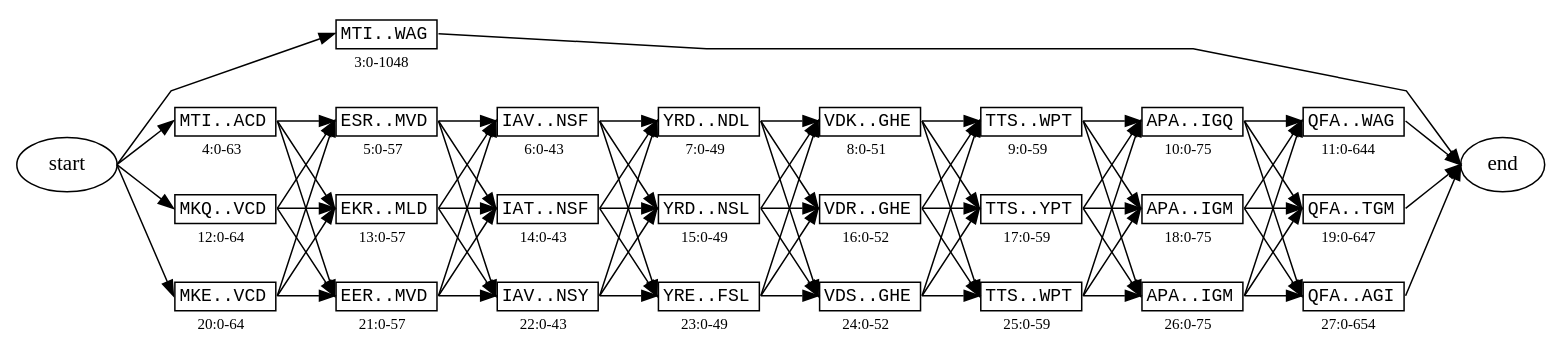
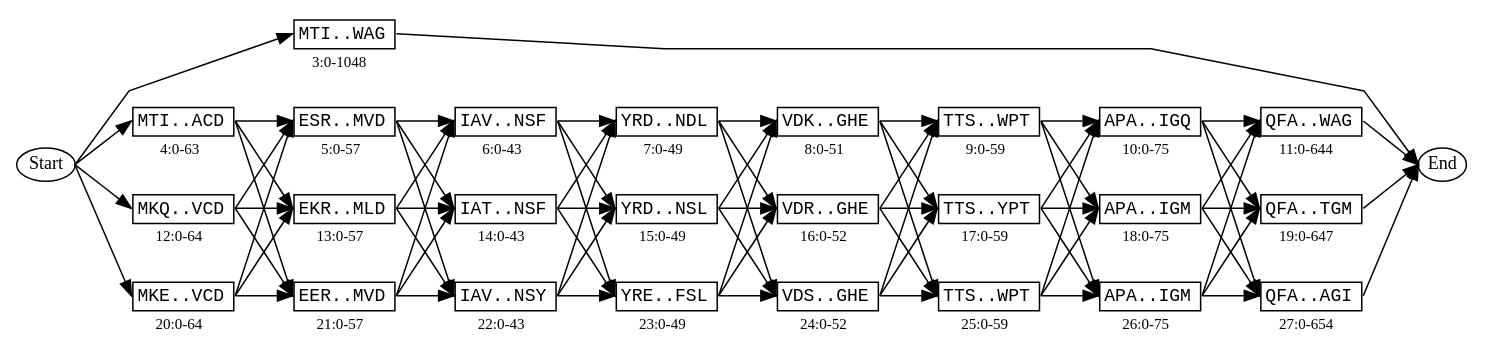
Before and after one commit to ginkgobioworks/gen: the diagram in docs/figures/protein_figure_1.dot, drawn with Graphviz. The commit also changed 19 other files, not shown here.

```diff
--- a/docs/figures/protein_figure_1.dot
+++ b/docs/figures/protein_figure_1.dot
@@ -1,156 +1,164 @@
 strict digraph "" {
 	graph [fontnames=svg,
 		rankdir=LR,
 		ranksep=0.5,
 		splines=polyline
 	];
 	node [label="\N"];
-	start	[label=start];
+	start	[fontsize=12,
+		height=0.3,
+		label=Start,
+		margin=0,
+		width=0.45];
 	3.0	[label=<<TABLE BORDER='0' CELLBORDER='1'><TR><TD ALIGN='CENTER' PORT='seq'><FONT POINT-SIZE='12' FACE='Monospace'>MTI..WAG</FONT></TD></TR><TR><TD BORDER='0' ALIGN='CENTER'><FONT POINT-SIZE='10'>3:0-1048</FONT></TD></TR></TABLE>>,
 		margin=0,
 		shape=none];
 	start:e -> 3.0:seq:w;
 	4.0	[label=<<TABLE BORDER='0' CELLBORDER='1'><TR><TD ALIGN='CENTER' PORT='seq'><FONT POINT-SIZE='12' FACE='Monospace'>MTI..ACD</FONT></TD></TR><TR><TD BORDER='0' ALIGN='CENTER'><FONT POINT-SIZE='10'>4:0-63</FONT></TD></TR></TABLE>>,
 		margin=0,
 		shape=none];
 	start:e -> 4.0:seq:w;
 	12.0	[label=<<TABLE BORDER='0' CELLBORDER='1'><TR><TD ALIGN='CENTER' PORT='seq'><FONT POINT-SIZE='12' FACE='Monospace'>MKQ..VCD</FONT></TD></TR><TR><TD BORDER='0' ALIGN='CENTER'><FONT POINT-SIZE='10'>12:0-64</FONT></TD></TR></TABLE>>,
 		margin=0,
 		shape=none];
 	start:e -> 12.0:seq:w;
 	20.0	[label=<<TABLE BORDER='0' CELLBORDER='1'><TR><TD ALIGN='CENTER' PORT='seq'><FONT POINT-SIZE='12' FACE='Monospace'>MKE..VCD</FONT></TD></TR><TR><TD BORDER='0' ALIGN='CENTER'><FONT POINT-SIZE='10'>20:0-64</FONT></TD></TR></TABLE>>,
 		margin=0,
 		shape=none];
 	start:e -> 20.0:seq:w;
-	end	[label=end];
+	end	[fontsize=12,
+		height=0.3,
+		label=End,
+		margin=0,
+		width=0.45];
 	3.0:seq:e -> end:w;
 	5.0	[label=<<TABLE BORDER='0' CELLBORDER='1'><TR><TD ALIGN='CENTER' PORT='seq'><FONT POINT-SIZE='12' FACE='Monospace'>ESR..MVD</FONT></TD></TR><TR><TD BORDER='0' ALIGN='CENTER'><FONT POINT-SIZE='10'>5:0-57</FONT></TD></TR></TABLE>>,
 		margin=0,
 		shape=none];
 	4.0:seq:e -> 5.0:seq:w;
 	13.0	[label=<<TABLE BORDER='0' CELLBORDER='1'><TR><TD ALIGN='CENTER' PORT='seq'><FONT POINT-SIZE='12' FACE='Monospace'>EKR..MLD</FONT></TD></TR><TR><TD BORDER='0' ALIGN='CENTER'><FONT POINT-SIZE='10'>13:0-57</FONT></TD></TR></TABLE>>,
 		margin=0,
 		shape=none];
 	4.0:seq:e -> 13.0:seq:w;
 	21.0	[label=<<TABLE BORDER='0' CELLBORDER='1'><TR><TD ALIGN='CENTER' PORT='seq'><FONT POINT-SIZE='12' FACE='Monospace'>EER..MVD</FONT></TD></TR><TR><TD BORDER='0' ALIGN='CENTER'><FONT POINT-SIZE='10'>21:0-57</FONT></TD></TR></TABLE>>,
 		margin=0,
 		shape=none];
 	4.0:seq:e -> 21.0:seq:w;
 	6.0	[label=<<TABLE BORDER='0' CELLBORDER='1'><TR><TD ALIGN='CENTER' PORT='seq'><FONT POINT-SIZE='12' FACE='Monospace'>IAV..NSF</FONT></TD></TR><TR><TD BORDER='0' ALIGN='CENTER'><FONT POINT-SIZE='10'>6:0-43</FONT></TD></TR></TABLE>>,
 		margin=0,
 		shape=none];
 	5.0:seq:e -> 6.0:seq:w;
 	14.0	[label=<<TABLE BORDER='0' CELLBORDER='1'><TR><TD ALIGN='CENTER' PORT='seq'><FONT POINT-SIZE='12' FACE='Monospace'>IAT..NSF</FONT></TD></TR><TR><TD BORDER='0' ALIGN='CENTER'><FONT POINT-SIZE='10'>14:0-43</FONT></TD></TR></TABLE>>,
 		margin=0,
 		shape=none];
 	5.0:seq:e -> 14.0:seq:w;
 	22.0	[label=<<TABLE BORDER='0' CELLBORDER='1'><TR><TD ALIGN='CENTER' PORT='seq'><FONT POINT-SIZE='12' FACE='Monospace'>IAV..NSY</FONT></TD></TR><TR><TD BORDER='0' ALIGN='CENTER'><FONT POINT-SIZE='10'>22:0-43</FONT></TD></TR></TABLE>>,
 		margin=0,
 		shape=none];
 	5.0:seq:e -> 22.0:seq:w;
 	7.0	[label=<<TABLE BORDER='0' CELLBORDER='1'><TR><TD ALIGN='CENTER' PORT='seq'><FONT POINT-SIZE='12' FACE='Monospace'>YRD..NDL</FONT></TD></TR><TR><TD BORDER='0' ALIGN='CENTER'><FONT POINT-SIZE='10'>7:0-49</FONT></TD></TR></TABLE>>,
 		margin=0,
 		shape=none];
 	6.0:seq:e -> 7.0:seq:w;
 	15.0	[label=<<TABLE BORDER='0' CELLBORDER='1'><TR><TD ALIGN='CENTER' PORT='seq'><FONT POINT-SIZE='12' FACE='Monospace'>YRD..NSL</FONT></TD></TR><TR><TD BORDER='0' ALIGN='CENTER'><FONT POINT-SIZE='10'>15:0-49</FONT></TD></TR></TABLE>>,
 		margin=0,
 		shape=none];
 	6.0:seq:e -> 15.0:seq:w;
 	23.0	[label=<<TABLE BORDER='0' CELLBORDER='1'><TR><TD ALIGN='CENTER' PORT='seq'><FONT POINT-SIZE='12' FACE='Monospace'>YRE..FSL</FONT></TD></TR><TR><TD BORDER='0' ALIGN='CENTER'><FONT POINT-SIZE='10'>23:0-49</FONT></TD></TR></TABLE>>,
 		margin=0,
 		shape=none];
 	6.0:seq:e -> 23.0:seq:w;
 	8.0	[label=<<TABLE BORDER='0' CELLBORDER='1'><TR><TD ALIGN='CENTER' PORT='seq'><FONT POINT-SIZE='12' FACE='Monospace'>VDK..GHE</FONT></TD></TR><TR><TD BORDER='0' ALIGN='CENTER'><FONT POINT-SIZE='10'>8:0-51</FONT></TD></TR></TABLE>>,
 		margin=0,
 		shape=none];
 	7.0:seq:e -> 8.0:seq:w;
 	16.0	[label=<<TABLE BORDER='0' CELLBORDER='1'><TR><TD ALIGN='CENTER' PORT='seq'><FONT POINT-SIZE='12' FACE='Monospace'>VDR..GHE</FONT></TD></TR><TR><TD BORDER='0' ALIGN='CENTER'><FONT POINT-SIZE='10'>16:0-52</FONT></TD></TR></TABLE>>,
 		margin=0,
 		shape=none];
 	7.0:seq:e -> 16.0:seq:w;
 	24.0	[label=<<TABLE BORDER='0' CELLBORDER='1'><TR><TD ALIGN='CENTER' PORT='seq'><FONT POINT-SIZE='12' FACE='Monospace'>VDS..GHE</FONT></TD></TR><TR><TD BORDER='0' ALIGN='CENTER'><FONT POINT-SIZE='10'>24:0-52</FONT></TD></TR></TABLE>>,
 		margin=0,
 		shape=none];
 	7.0:seq:e -> 24.0:seq:w;
 	9.0	[label=<<TABLE BORDER='0' CELLBORDER='1'><TR><TD ALIGN='CENTER' PORT='seq'><FONT POINT-SIZE='12' FACE='Monospace'>TTS..WPT</FONT></TD></TR><TR><TD BORDER='0' ALIGN='CENTER'><FONT POINT-SIZE='10'>9:0-59</FONT></TD></TR></TABLE>>,
 		margin=0,
 		shape=none];
 	8.0:seq:e -> 9.0:seq:w;
 	17.0	[label=<<TABLE BORDER='0' CELLBORDER='1'><TR><TD ALIGN='CENTER' PORT='seq'><FONT POINT-SIZE='12' FACE='Monospace'>TTS..YPT</FONT></TD></TR><TR><TD BORDER='0' ALIGN='CENTER'><FONT POINT-SIZE='10'>17:0-59</FONT></TD></TR></TABLE>>,
 		margin=0,
 		shape=none];
 	8.0:seq:e -> 17.0:seq:w;
 	25.0	[label=<<TABLE BORDER='0' CELLBORDER='1'><TR><TD ALIGN='CENTER' PORT='seq'><FONT POINT-SIZE='12' FACE='Monospace'>TTS..WPT</FONT></TD></TR><TR><TD BORDER='0' ALIGN='CENTER'><FONT POINT-SIZE='10'>25:0-59</FONT></TD></TR></TABLE>>,
 		margin=0,
 		shape=none];
 	8.0:seq:e -> 25.0:seq:w;
 	10.0	[label=<<TABLE BORDER='0' CELLBORDER='1'><TR><TD ALIGN='CENTER' PORT='seq'><FONT POINT-SIZE='12' FACE='Monospace'>APA..IGQ</FONT></TD></TR><TR><TD BORDER='0' ALIGN='CENTER'><FONT POINT-SIZE='10'>10:0-75</FONT></TD></TR></TABLE>>,
 		margin=0,
 		shape=none];
 	9.0:seq:e -> 10.0:seq:w;
 	18.0	[label=<<TABLE BORDER='0' CELLBORDER='1'><TR><TD ALIGN='CENTER' PORT='seq'><FONT POINT-SIZE='12' FACE='Monospace'>APA..IGM</FONT></TD></TR><TR><TD BORDER='0' ALIGN='CENTER'><FONT POINT-SIZE='10'>18:0-75</FONT></TD></TR></TABLE>>,
 		margin=0,
 		shape=none];
 	9.0:seq:e -> 18.0:seq:w;
 	26.0	[label=<<TABLE BORDER='0' CELLBORDER='1'><TR><TD ALIGN='CENTER' PORT='seq'><FONT POINT-SIZE='12' FACE='Monospace'>APA..IGM</FONT></TD></TR><TR><TD BORDER='0' ALIGN='CENTER'><FONT POINT-SIZE='10'>26:0-75</FONT></TD></TR></TABLE>>,
 		margin=0,
 		shape=none];
 	9.0:seq:e -> 26.0:seq:w;
 	11.0	[label=<<TABLE BORDER='0' CELLBORDER='1'><TR><TD ALIGN='CENTER' PORT='seq'><FONT POINT-SIZE='12' FACE='Monospace'>QFA..WAG</FONT></TD></TR><TR><TD BORDER='0' ALIGN='CENTER'><FONT POINT-SIZE='10'>11:0-644</FONT></TD></TR></TABLE>>,
 		margin=0,
 		shape=none];
 	10.0:seq:e -> 11.0:seq:w;
 	19.0	[label=<<TABLE BORDER='0' CELLBORDER='1'><TR><TD ALIGN='CENTER' PORT='seq'><FONT POINT-SIZE='12' FACE='Monospace'>QFA..TGM</FONT></TD></TR><TR><TD BORDER='0' ALIGN='CENTER'><FONT POINT-SIZE='10'>19:0-647</FONT></TD></TR></TABLE>>,
 		margin=0,
 		shape=none];
 	10.0:seq:e -> 19.0:seq:w;
 	27.0	[label=<<TABLE BORDER='0' CELLBORDER='1'><TR><TD ALIGN='CENTER' PORT='seq'><FONT POINT-SIZE='12' FACE='Monospace'>QFA..AGI</FONT></TD></TR><TR><TD BORDER='0' ALIGN='CENTER'><FONT POINT-SIZE='10'>27:0-654</FONT></TD></TR></TABLE>>,
 		margin=0,
 		shape=none];
 	10.0:seq:e -> 27.0:seq:w;
 	11.0:seq:e -> end:w;
 	12.0:seq:e -> 5.0:seq:w;
 	12.0:seq:e -> 13.0:seq:w;
 	12.0:seq:e -> 21.0:seq:w;
 	13.0:seq:e -> 6.0:seq:w;
 	13.0:seq:e -> 14.0:seq:w;
 	13.0:seq:e -> 22.0:seq:w;
 	14.0:seq:e -> 7.0:seq:w;
 	14.0:seq:e -> 15.0:seq:w;
 	14.0:seq:e -> 23.0:seq:w;
 	15.0:seq:e -> 8.0:seq:w;
 	15.0:seq:e -> 16.0:seq:w;
 	15.0:seq:e -> 24.0:seq:w;
 	16.0:seq:e -> 9.0:seq:w;
 	16.0:seq:e -> 17.0:seq:w;
 	16.0:seq:e -> 25.0:seq:w;
 	17.0:seq:e -> 10.0:seq:w;
 	17.0:seq:e -> 18.0:seq:w;
 	17.0:seq:e -> 26.0:seq:w;
 	18.0:seq:e -> 11.0:seq:w;
 	18.0:seq:e -> 19.0:seq:w;
 	18.0:seq:e -> 27.0:seq:w;
 	19.0:seq:e -> end:w;
 	20.0:seq:e -> 5.0:seq:w;
 	20.0:seq:e -> 13.0:seq:w;
 	20.0:seq:e -> 21.0:seq:w;
 	21.0:seq:e -> 6.0:seq:w;
 	21.0:seq:e -> 14.0:seq:w;
 	21.0:seq:e -> 22.0:seq:w;
 	22.0:seq:e -> 7.0:seq:w;
 	22.0:seq:e -> 15.0:seq:w;
 	22.0:seq:e -> 23.0:seq:w;
 	23.0:seq:e -> 8.0:seq:w;
 	23.0:seq:e -> 16.0:seq:w;
 	23.0:seq:e -> 24.0:seq:w;
 	24.0:seq:e -> 9.0:seq:w;
 	24.0:seq:e -> 17.0:seq:w;
 	24.0:seq:e -> 25.0:seq:w;
 	25.0:seq:e -> 10.0:seq:w;
 	25.0:seq:e -> 18.0:seq:w;
 	25.0:seq:e -> 26.0:seq:w;
 	26.0:seq:e -> 11.0:seq:w;
 	26.0:seq:e -> 19.0:seq:w;
 	26.0:seq:e -> 27.0:seq:w;
 	27.0:seq:e -> end:w;
 }
```
